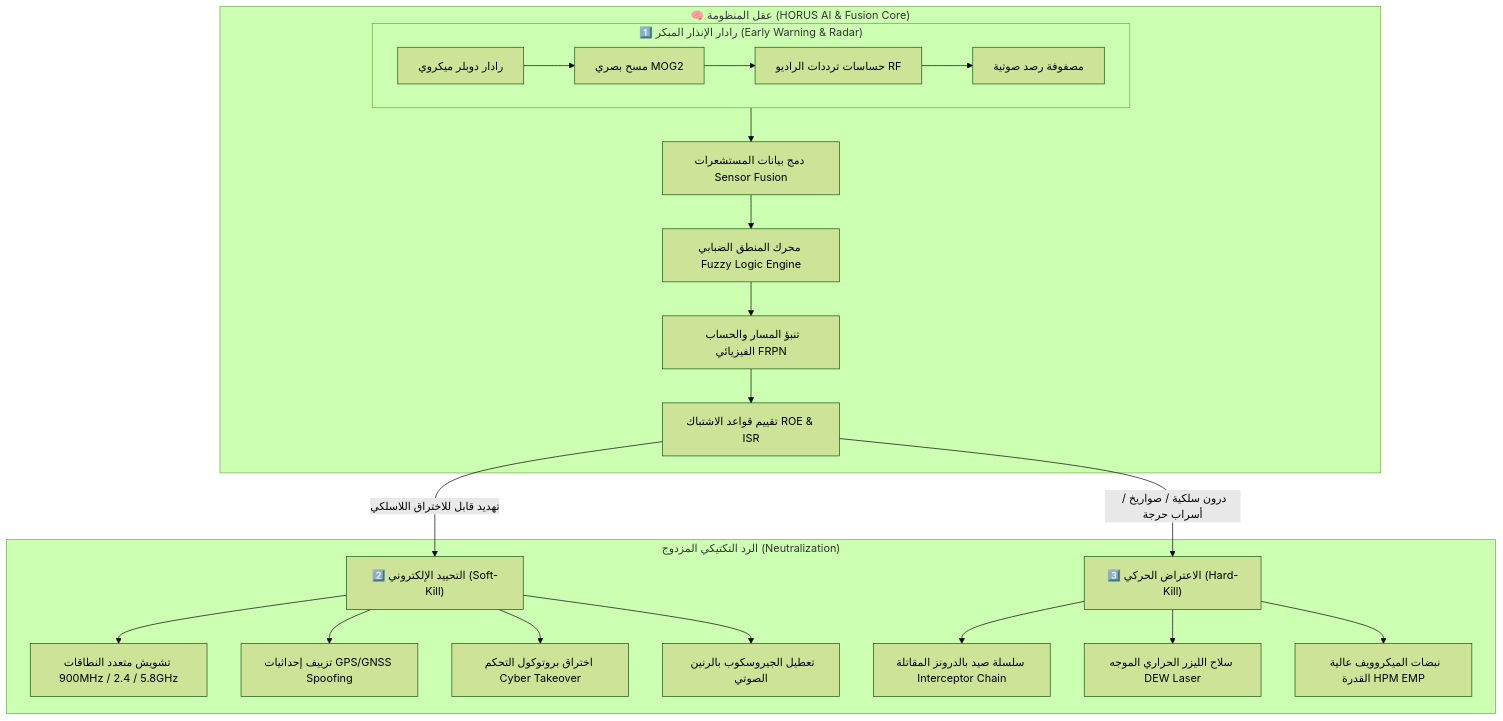
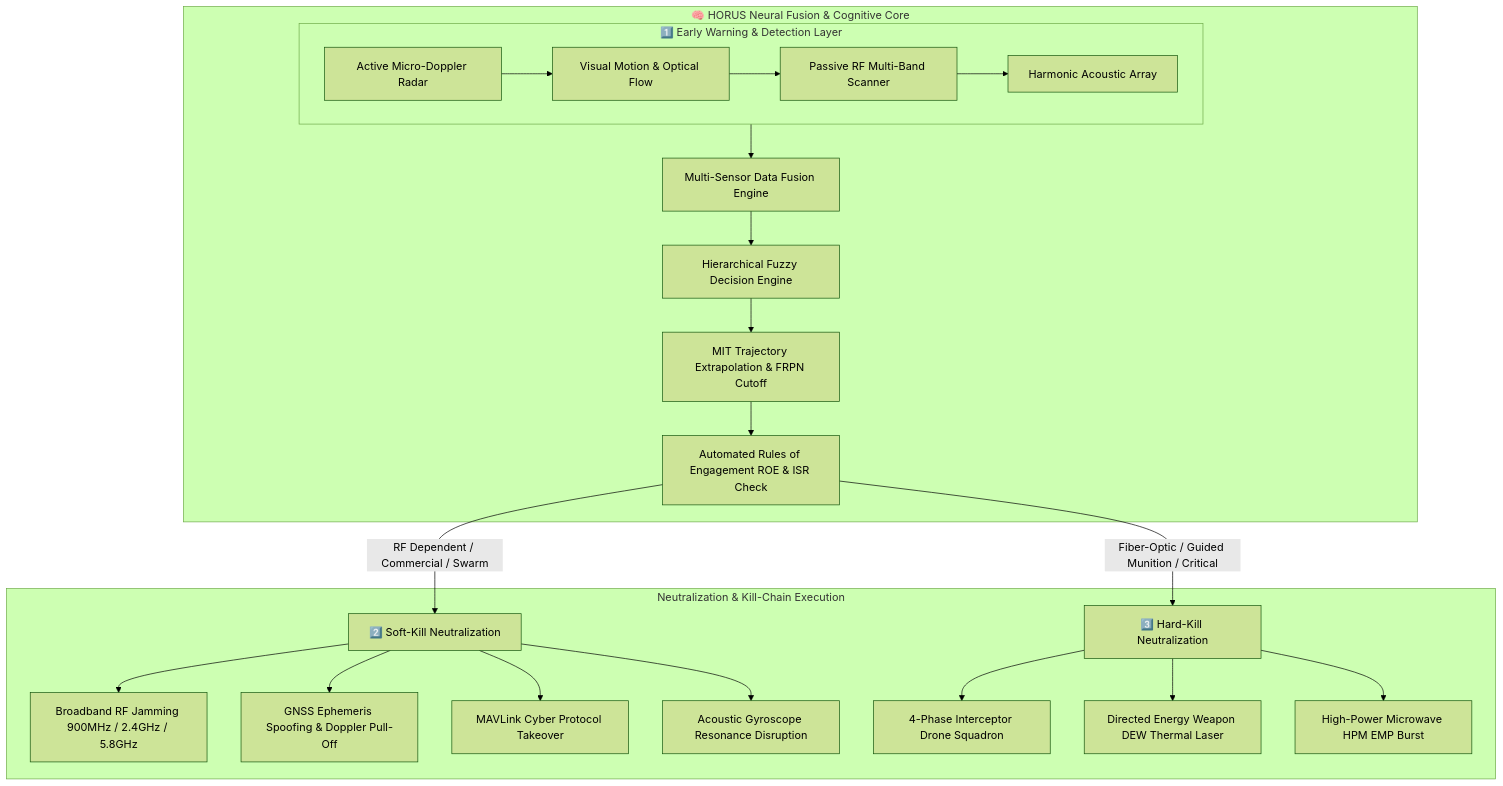
One commit to hassanIssa00/HORUS-Anti-Drone-System changed the first of 2 diagrams in README.md. Above: the diagram before and after it, drawn with Mermaid (forest theme). The commit also changed other lines of this file, not shown here.

````diff
--- a/README.md
+++ b/README.md
@@ -53,29 +53,29 @@
 ```mermaid
 flowchart TD
-    subgraph EarlyWarning["1️⃣ رادار الإنذار المبكر (Early Warning & Radar)"]
-        R1[رادار دوبلر ميكروي] --> R2[مسح بصري MOG2]
-        R2 --> R3[حساسات ترددات الراديو RF]
-        R3 --> R4[مصفوفة رصد صوتية]
+    subgraph EarlyWarning["1️⃣ Early Warning & Detection Layer"]
+        R1[Active Micro-Doppler Radar] --> R2[Visual Motion & Optical Flow]
+        R2 --> R3[Passive RF Multi-Band Scanner]
+        R3 --> R4[Harmonic Acoustic Array]
     end
 
-    subgraph Fusion["🧠 عقل المنظومة (HORUS AI & Fusion Core)"]
-        EarlyWarning --> F1[دمج بيانات المستشعرات Sensor Fusion]
-        F1 --> F2[محرك المنطق الضبابي Fuzzy Logic Engine]
-        F2 --> F3[تنبؤ المسار والحساب الفيزيائي FRPN]
-        F3 --> F4[تقييم قواعد الاشتباك ROE & ISR]
+    subgraph Fusion["🧠 HORUS Neural Fusion & Cognitive Core"]
+        EarlyWarning --> F1[Multi-Sensor Data Fusion Engine]
+        F1 --> F2[Hierarchical Fuzzy Decision Engine]
+        F2 --> F3[MIT Trajectory Extrapolation & FRPN Cutoff]
+        F3 --> F4[Automated Rules of Engagement ROE & ISR Check]
     end
 
-    subgraph DefenseActions["الرد التكتيكي المزدوج (Neutralization)"]
-        F4 -->|تهديد قابل للاختراق اللاسلكي| S1["2️⃣ التحييد الإلكتروني (Soft-Kill)"]
-        F4 -->|درون سلكية / صواريخ / أسراب حرجة| H1["3️⃣ الاعتراض الحركي (Hard-Kill)"]
+    subgraph DefenseActions["Neutralization & Kill-Chain Execution"]
+        F4 -->|RF Dependent / Commercial / Swarm| S1["2️⃣ Soft-Kill Neutralization"]
+        F4 -->|Fiber-Optic / Guided Munition / Critical| H1["3️⃣ Hard-Kill Neutralization"]
         
-        S1 --> S11[تشويش متعدد النطاقات 900MHz / 2.4 / 5.8GHz]
-        S1 --> S12[تزييف إحداثيات GPS/GNSS Spoofing]
-        S1 --> S13[اختراق بروتوكول التحكم Cyber Takeover]
-        S1 --> S14[تعطيل الجيروسكوب بالرنين الصوتي]
+        S1 --> S11[Broadband RF Jamming 900MHz / 2.4GHz / 5.8GHz]
+        S1 --> S12[GNSS Ephemeris Spoofing & Doppler Pull-Off]
+        S1 --> S13[MAVLink Cyber Protocol Takeover]
+        S1 --> S14[Acoustic Gyroscope Resonance Disruption]
         
-        H1 --> H11[سلسلة صيد بالدرونز المقاتلة Interceptor Chain]
-        H1 --> H12[سلاح الليزر الحراري الموجه DEW Laser]
-        H1 --> H13[نبضات الميكروويف عالية القدرة HPM EMP]
+        H1 --> H11[4-Phase Interceptor Drone Squadron]
+        H1 --> H12[Directed Energy Weapon DEW Thermal Laser]
+        H1 --> H13[High-Power Microwave HPM EMP Burst]
     end
 ```
````
